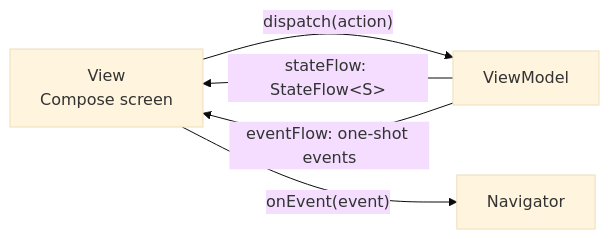
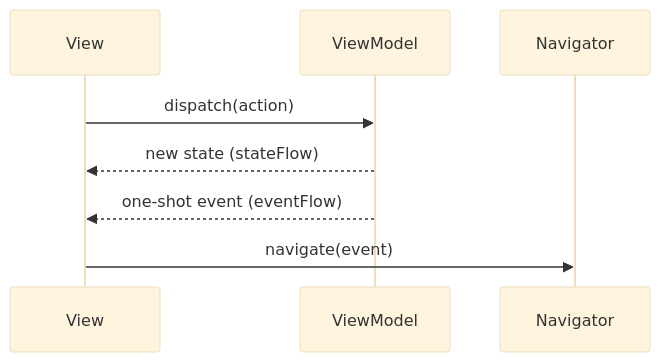
Before and after one commit to carmabs/Ema: the diagram in docs/index.md, drawn with Mermaid (base theme). The commit also changed 11 other files, not shown here.

First line of the commit message:
Redraw the diagrams without crossing arrows

````diff
--- a/docs/index.md
+++ b/docs/index.md
@@ -13,7 +13,10 @@
 ```mermaid
-flowchart LR
-    V[View<br/>Compose screen] -- "dispatch(action)" --> VM[ViewModel]
-    VM -- "stateFlow: StateFlow&lt;S&gt;" --> V
-    VM -- "eventFlow: one-shot events" --> V
-    V -- "onEvent(event)" --> N[Navigator]
+sequenceDiagram
+    participant V as View
+    participant VM as ViewModel
+    participant N as Navigator
+    V->>VM: dispatch(action)
+    VM-->>V: new state (stateFlow)
+    VM-->>V: one-shot event (eventFlow)
+    V->>N: navigate(event)
 ```
````
